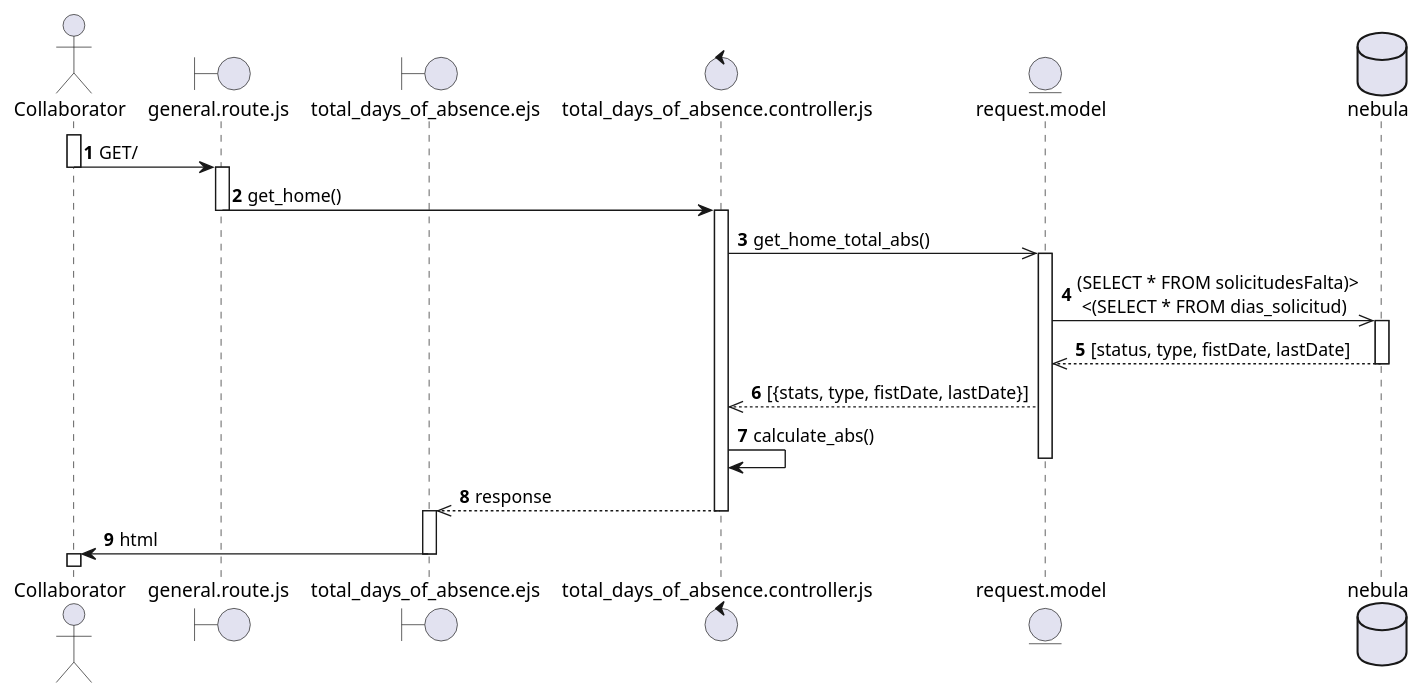
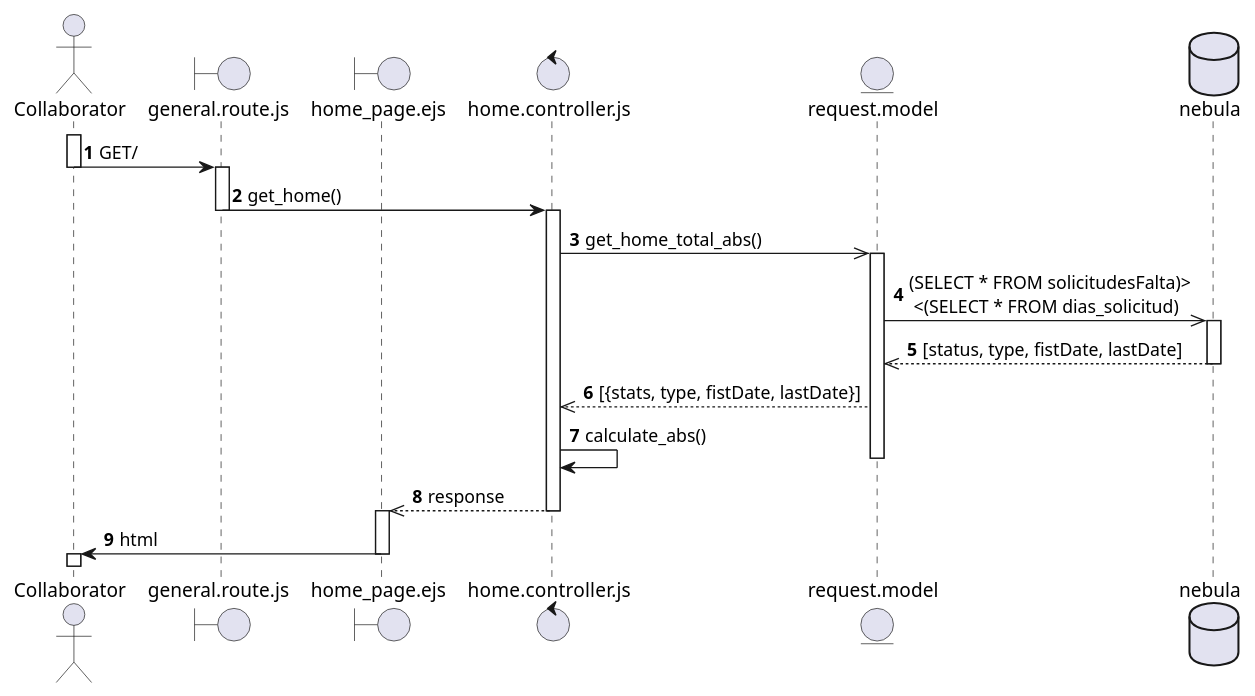
Before and after one commit to SALV19/Nebula_tc2005b: the diagram in diagramas_secuencia/req_20.puml, drawn with PlantUML. The commit also changed 3 other files, not shown here.

Commit message:
[UPDATE] Sequence Diagram

```diff
--- a/diagramas_secuencia/req_20.puml
+++ b/diagramas_secuencia/req_20.puml
@@ -1,46 +1,46 @@
 @startuml Prueba
 autonumber
 actor Collaborator
 boundary general.route.js as gRoutes
-boundary total_days_of_absence.ejs as absView
-control total_days_of_absence.controller.js as absController
+boundary home_page.ejs as homeView
+control home.controller.js as homeController
 entity request.model as absModel
 database nebula as neb
 
 activate Collaborator
 Collaborator -> gRoutes : GET/
 deactivate Collaborator
 
 activate gRoutes
-gRoutes -> absController: get_home()
+gRoutes -> homeController: get_home()
 deactivate gRoutes
 
-activate absController
-absController ->> absModel: get_home_total_abs()
+activate homeController
+homeController ->> absModel: get_home_total_abs()
 
 activate absModel
 absModel ->> neb: (SELECT * FROM solicitudesFalta)>\n <(SELECT * FROM dias_solicitud)
 
 activate neb
 neb-->> absModel: [status, type, fistDate, lastDate]
 deactivate neb
 
-absModel -->> absController: [{stats, type, fistDate, lastDate}]
-absController -> absController: calculate_abs()
+absModel -->> homeController: [{stats, type, fistDate, lastDate}]
+homeController -> homeController: calculate_abs()
 deactivate absModel
 
-absController -->> absView: response
+homeController -->> homeView: response
 
-deactivate absController
+deactivate homeController
 
 
 
-activate absView
-absView -> Collaborator: html
-deactivate absView
+activate homeView
+homeView -> Collaborator: html
+deactivate homeView
 
 activate Collaborator
 deactivate Collaborator
 
 
 @enduml
```
